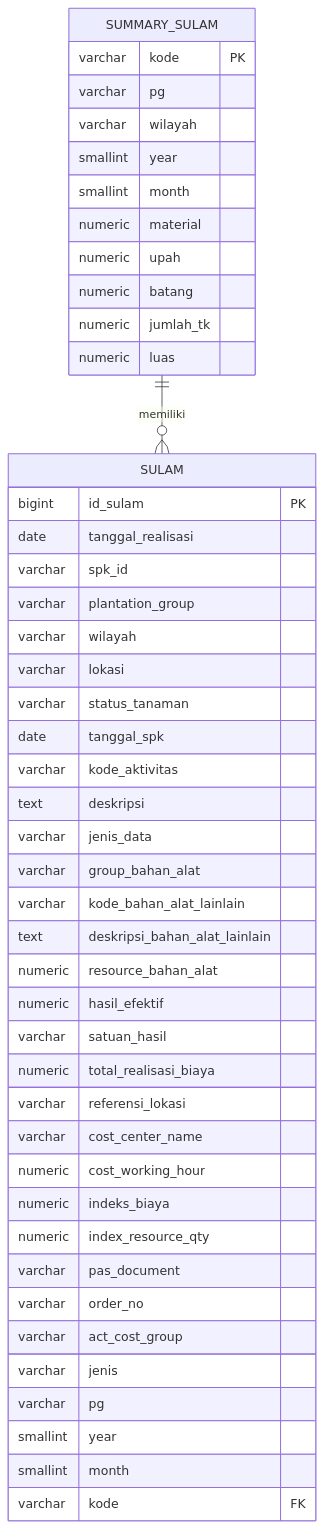
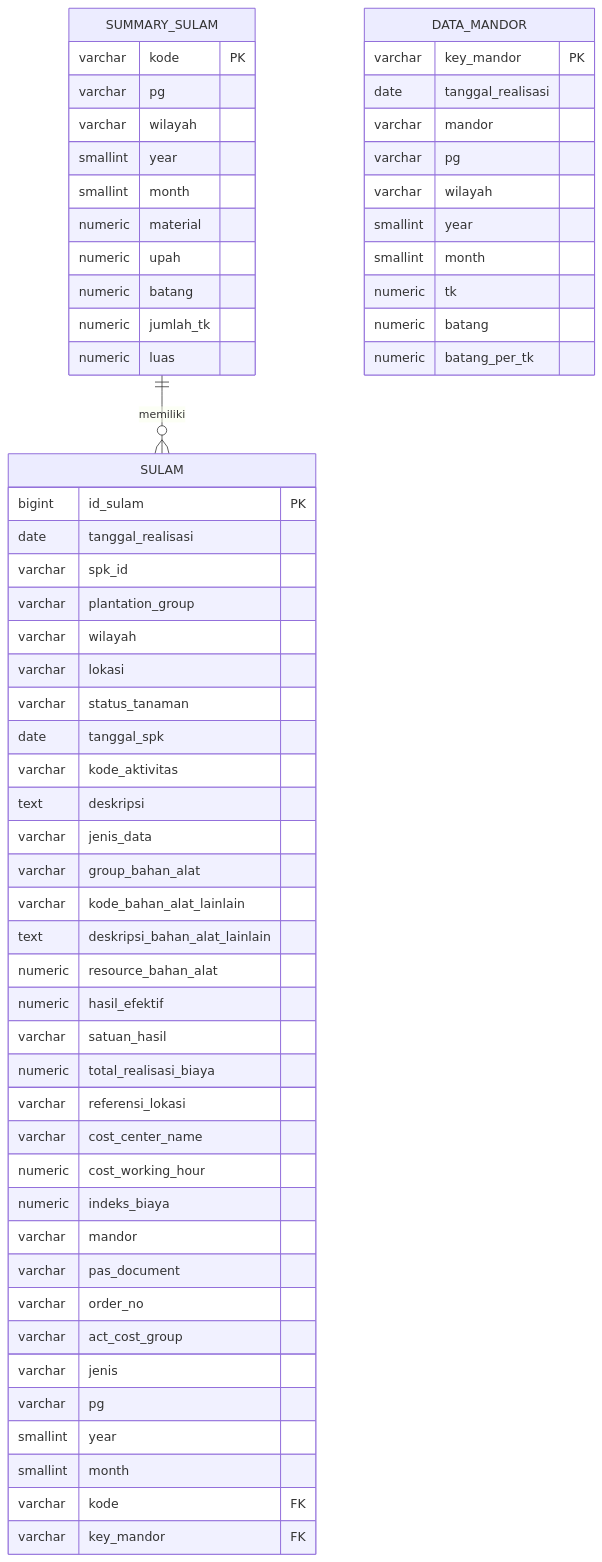
One commit to zakiahmadbasyary/DashboardCostControl changed the diagram in apps/dashboard-sulam/doc/database.md. Above: the diagram before and after it, drawn with Mermaid. The commit also changed other lines of this file and 8 other files, not shown here.

````diff
--- a/apps/dashboard-sulam/doc/database.md
+++ b/apps/dashboard-sulam/doc/database.md
@@ -109,51 +109,65 @@
 ``` mermaid
 erDiagram
     SUMMARY_SULAM ||--o{ SULAM : "memiliki"
 
     SUMMARY_SULAM {
         varchar kode PK
         varchar pg
         varchar wilayah
         smallint year
         smallint month
         numeric material
         numeric upah
         numeric batang
         numeric jumlah_tk
         numeric luas
     }
 
     SULAM {
         bigint id_sulam PK
         date tanggal_realisasi
         varchar spk_id
         varchar plantation_group
         varchar wilayah
         varchar lokasi
         varchar status_tanaman
         date tanggal_spk
         varchar kode_aktivitas
         text deskripsi
         varchar jenis_data
         varchar group_bahan_alat
         varchar kode_bahan_alat_lainlain
         text deskripsi_bahan_alat_lainlain
         numeric resource_bahan_alat
         numeric hasil_efektif
         varchar satuan_hasil
         numeric total_realisasi_biaya
         varchar referensi_lokasi
         varchar cost_center_name
         numeric cost_working_hour
         numeric indeks_biaya
-        numeric index_resource_qty
+        varchar mandor
         varchar pas_document
         varchar order_no
         varchar act_cost_group
         varchar jenis
         varchar pg
         smallint year
         smallint month
         varchar kode FK
+        varchar key_mandor FK
+    }
+
+    DATA_MANDOR {
+        varchar key_mandor PK
+        date tanggal_realisasi
+        varchar mandor
+        varchar pg
+        varchar wilayah
+        smallint year
+        smallint month
+        numeric tk
+        numeric batang
+        numeric batang_per_tk
     }
 ```
````
